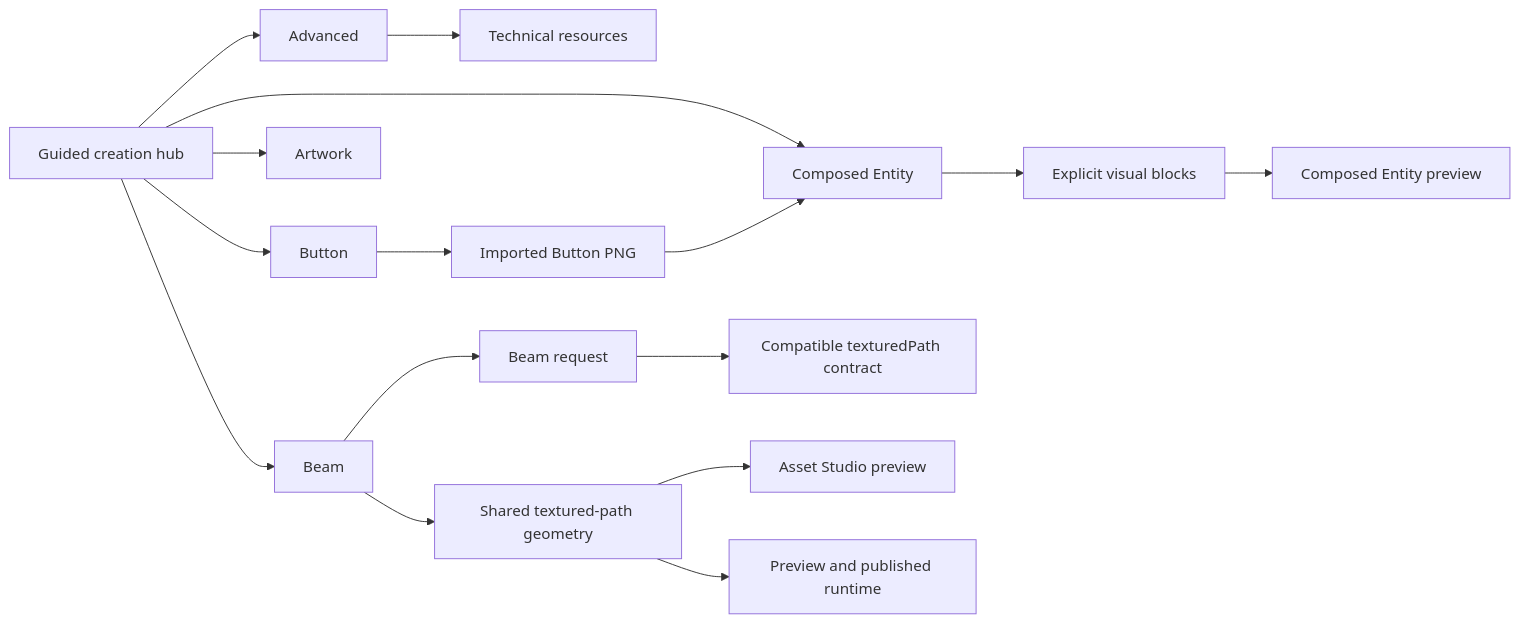
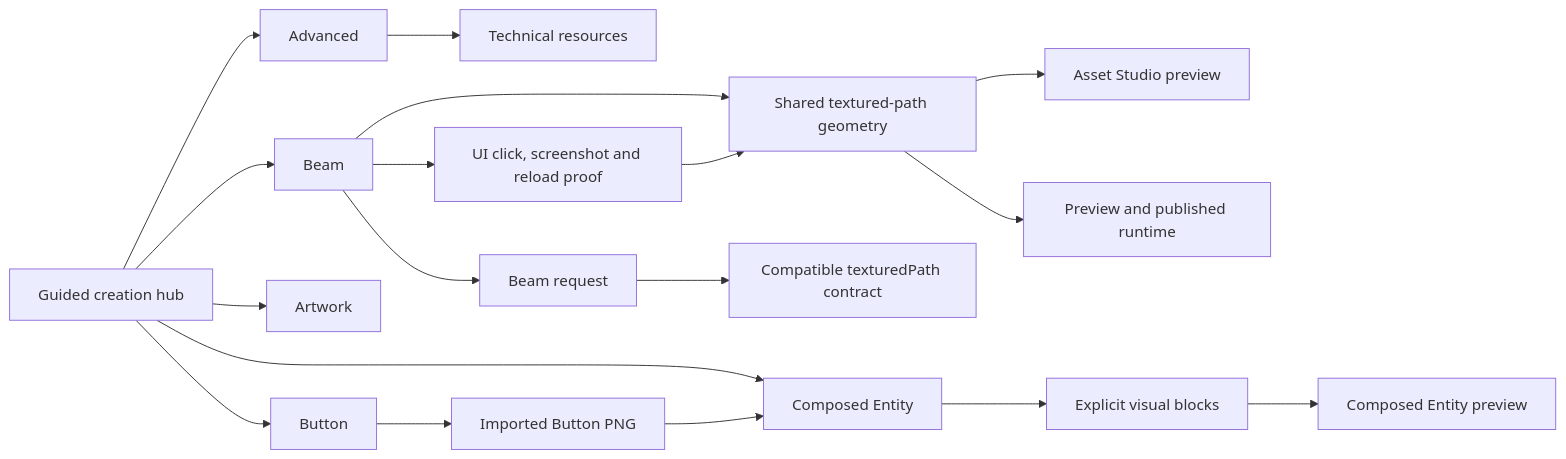
The second of 2 diagrams in docs/architecture/components/studio-ux.md (tristan-monticelli/vertex-loom), drawn with Mermaid before and after one commit. The commit also changed 9 other files, not shown here.

````diff
--- a/docs/architecture/components/studio-ux.md
+++ b/docs/architecture/components/studio-ux.md
@@ -67,18 +67,20 @@
 ```mermaid
 flowchart LR
     Hub[Guided creation hub] --> Beam[Beam]
     Hub --> Button[Button]
     Hub --> Artwork[Artwork]
     Hub --> Entity[Composed Entity]
     Hub --> Advanced[Advanced]
     Advanced --> Technical[Technical resources]
     Beam --> BeamContract[Beam request]
     BeamContract --> Legacy[Compatible texturedPath contract]
     Beam --> Shared[Shared textured-path geometry]
+    Beam --> BeamE2E[UI click, screenshot and reload proof]
+    BeamE2E --> Shared
     Button --> ButtonTexture[Imported Button PNG]
     ButtonTexture --> Entity
     Shared --> Studio[Asset Studio preview]
     Shared --> Runtime[Preview and published runtime]
     Entity --> Blocks[Explicit visual blocks]
     Blocks --> EntityPreview[Composed Entity preview]
 ```
````
